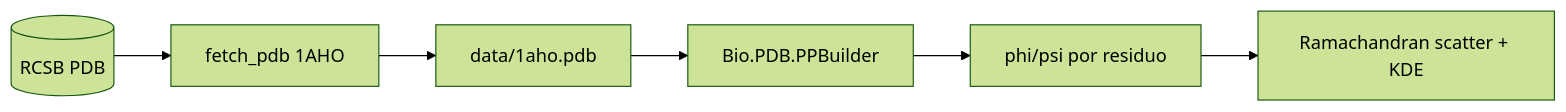
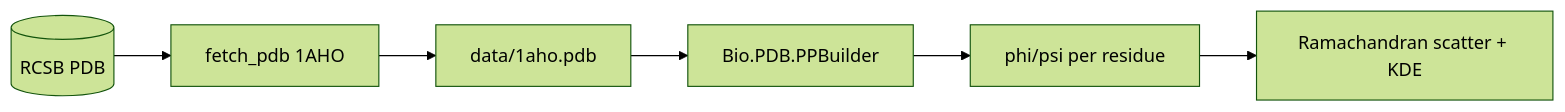
The diagram in proteins_ramachandran_plot/README.md (MarioCasanovacf/Portfolio), drawn with Mermaid (forest theme) before and after one commit. The commit also changed other lines of this file and 9 other files, not shown here.

````diff
--- a/proteins_ramachandran_plot/README.md
+++ b/proteins_ramachandran_plot/README.md
@@ -29,8 +28,8 @@
 ```mermaid
 flowchart LR
     PDB[(RCSB PDB)] --> F[fetch_pdb 1AHO]
     F --> RAW[data/1aho.pdb]
     RAW --> P[Bio.PDB.PPBuilder]
-    P --> A[phi/psi por residuo]
+    P --> A[phi/psi per residue]
     A --> R[Ramachandran scatter + KDE]
 ```
````
